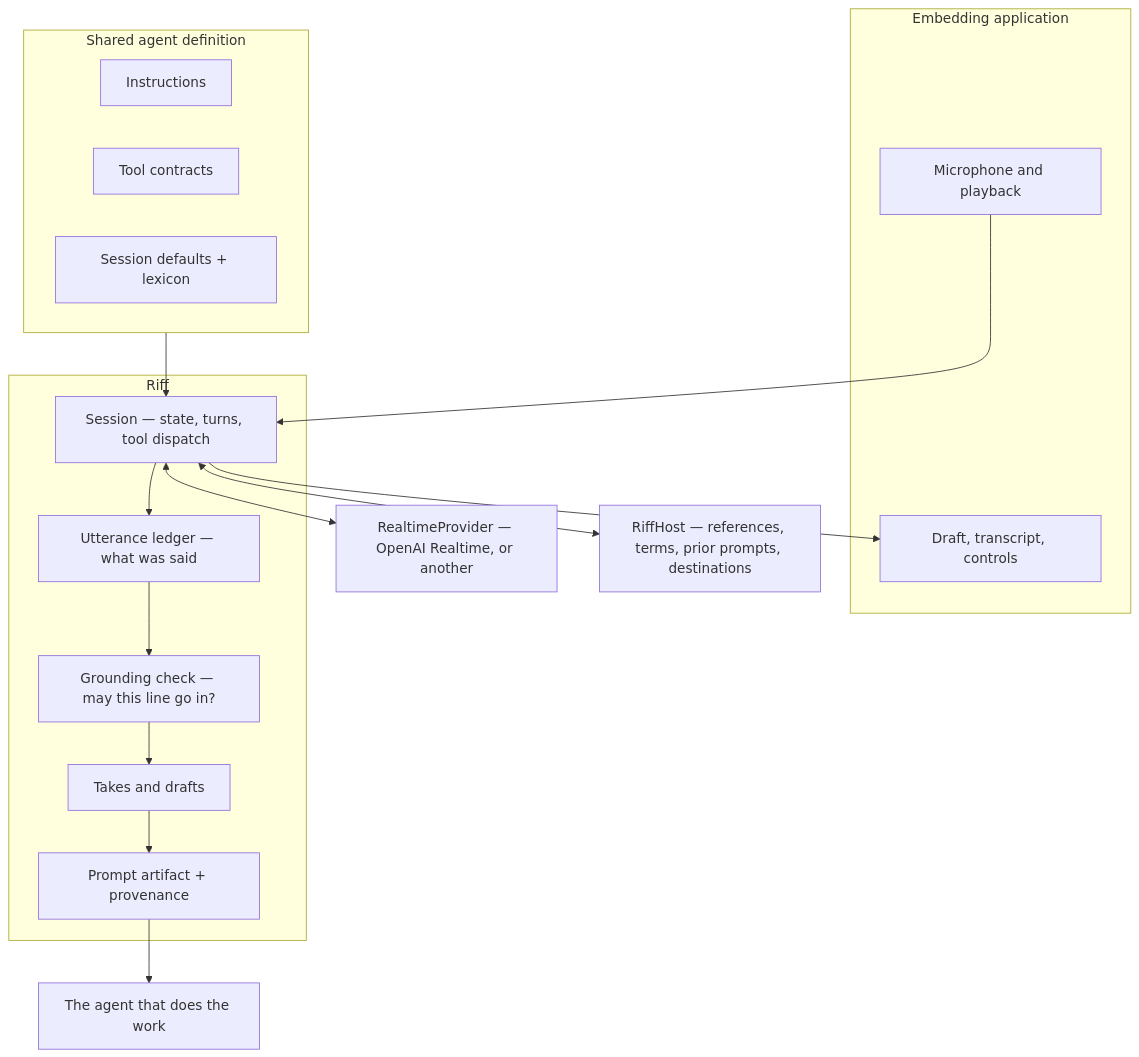
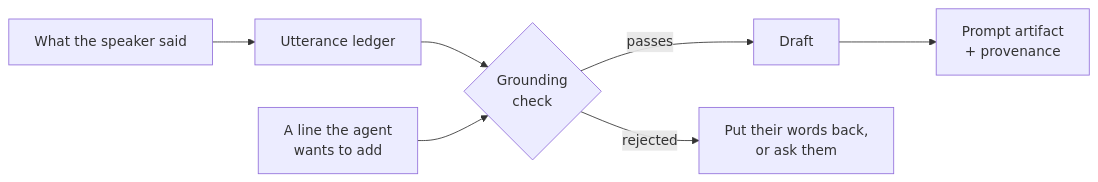
The second of 2 diagrams in README.md (colbylwilliams/riff), drawn with Mermaid before and after one commit. The commit also changed other lines of this file, not shown here.

````diff
--- a/README.md
+++ b/README.md
@@ -160,33 +132,7 @@
 ```mermaid
-flowchart TB
-    subgraph app["Embedding application"]
-        mic["Microphone and playback"]
-        ui["Draft, transcript, controls"]
-    end
-
-    subgraph riff["Riff"]
-        session["Session — state, turns, tool dispatch"]
-        ledger["Utterance ledger — what was said"]
-        grounding["Grounding check — may this line go in?"]
-        draft["Takes and drafts"]
-        artifact["Prompt artifact + provenance"]
-    end
-
-    subgraph agent["Shared agent definition"]
-        instr["Instructions"]
-        tools["Tool contracts"]
-        cfg["Session defaults + lexicon"]
-    end
-
-    provider["RealtimeProvider — OpenAI Realtime, or another"]
-    host["RiffHost — references, terms, prior prompts, destinations"]
-    downstream["The agent that does the work"]
-
-    mic --> session
-    session <--> provider
-    session --> ledger --> grounding --> draft --> artifact
-    session <--> host
-    agent --> session
-    artifact --> downstream
-    session --> ui
+flowchart LR
+    said["What the speaker said"] --> ledger["Utterance ledger"] --> check
+    proposed["A line the agent<br>wants to add"] --> check{"Grounding<br>check"}
+    check -- passes --> draft["Draft"] --> artifact["Prompt artifact<br>+ provenance"]
+    check -- rejected --> retry["Put their words back,<br>or ask them"]
 ```
````
